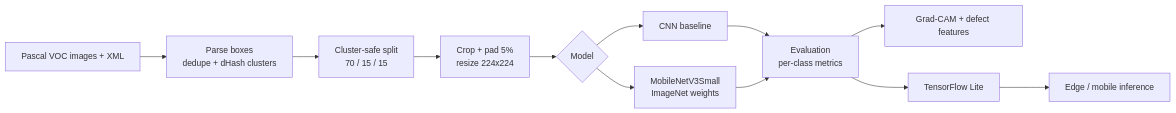
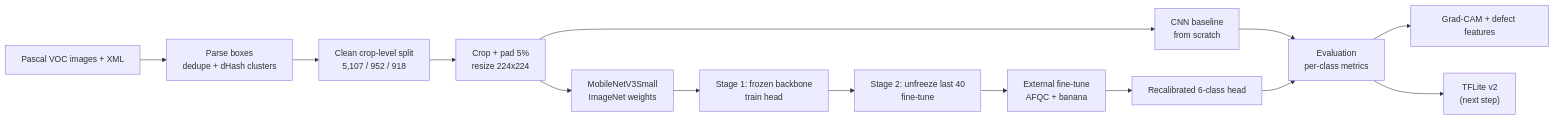
Before and after one commit to anandra00/FreshSight: the diagram in README.md, drawn with Mermaid. The commit also changed other lines of this file, not shown here.

````diff
--- a/README.md
+++ b/README.md
@@ -92,14 +106,16 @@
 ```mermaid
 flowchart LR
     A["Pascal VOC images + XML"] --> B["Parse boxes<br/>dedupe + dHash clusters"]
-    B --> C["Cluster-safe split<br/>70 / 15 / 15"]
+    B --> C["Clean crop-level split<br/>5,107 / 952 / 918"]
     C --> D["Crop + pad 5%<br/>resize 224x224"]
-    D --> E{"Model"}
-    E --> F["CNN baseline"]
-    E --> G["MobileNetV3Small<br/>ImageNet weights"]
-    F --> H["Evaluation<br/>per-class metrics"]
-    G --> H
-    H --> I["Grad-CAM + defect features"]
-    H --> J["TensorFlow Lite"]
-    J --> K["Edge / mobile inference"]
+    D --> E["CNN baseline<br/>from scratch"]
+    D --> F["MobileNetV3Small<br/>ImageNet weights"]
+    F --> G["Stage 1: frozen backbone<br/>train head"]
+    G --> H["Stage 2: unfreeze last 40<br/>fine-tune"]
+    H --> I["External fine-tune<br/>AFQC + banana"]
+    I --> J["Recalibrated 6-class head"]
+    E --> K["Evaluation<br/>per-class metrics"]
+    J --> K
+    K --> L["Grad-CAM + defect features"]
+    K --> M["TFLite v2<br/>(next step)"]
 ```
````
